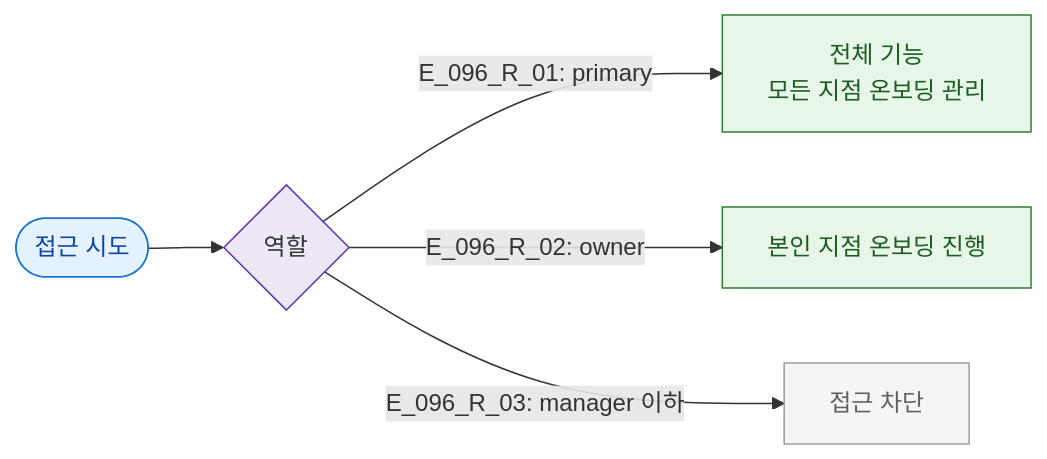
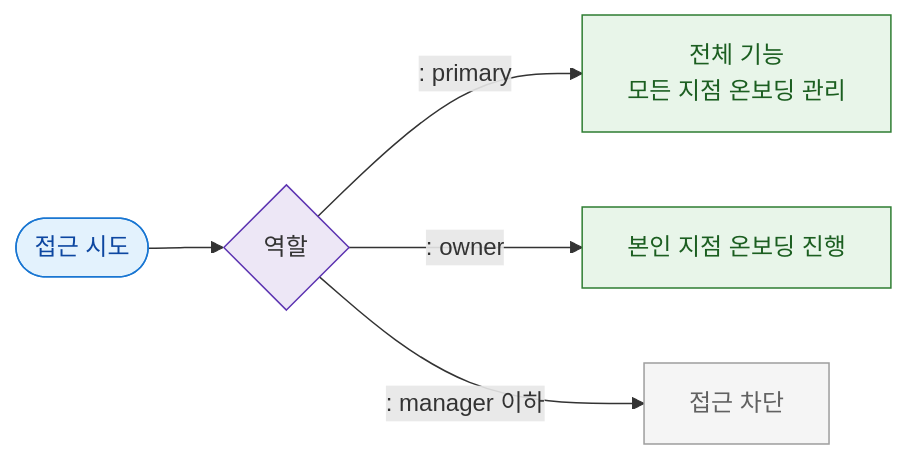
Before and after one commit to dev-spogym/admin-pando: the diagram in docs/다이어그램/D10_본사관리/SCR-096_온보딩대시보드/F7_권한.md, drawn with Mermaid. The commit also changed other lines of this file and 1660 other files, not shown here.

First line of the commit message:
다이어그램: 기획자/클라이언트 납품본으로 정리

````diff
--- a/docs/다이어그램/D10_본사관리/SCR-096_온보딩대시보드/F7_권한.md
+++ b/docs/다이어그램/D10_본사관리/SCR-096_온보딩대시보드/F7_권한.md
@@ -14,18 +12,18 @@
 ```mermaid
 flowchart LR
   Entry([접근 시도]) --> Role{역할}
 
-  Role -->|"E_096_R_01: primary"| PrimaryAccess[전체 기능\n모든 지점 온보딩 관리]
-  Role -->|"E_096_R_02: owner"| OwnerAccess[본인 지점 온보딩 진행]
-  Role -->|"E_096_R_03: manager 이하"| Blocked[접근 차단]
+  Role -->|": primary"|PrimaryAccess[전체 기능\n모든 지점 온보딩 관리]
+  Role -->|": owner"|OwnerAccess[본인 지점 온보딩 진행]
+  Role -->|": manager 이하"|Blocked[접근 차단]
 
   classDef screen fill:#E3F2FD,stroke:#1976D2,color:#0D47A1
   classDef system fill:#EDE7F6,stroke:#5E35B2
   classDef success fill:#E8F5E9,stroke:#2E7D32,color:#1B5E20
   classDef rbacBlocked fill:#F5F5F5,stroke:#9E9E9E,color:#616161
 
   class Entry screen
   class Role system
   class PrimaryAccess,OwnerAccess success
   class Blocked rbacBlocked
 ```
````
